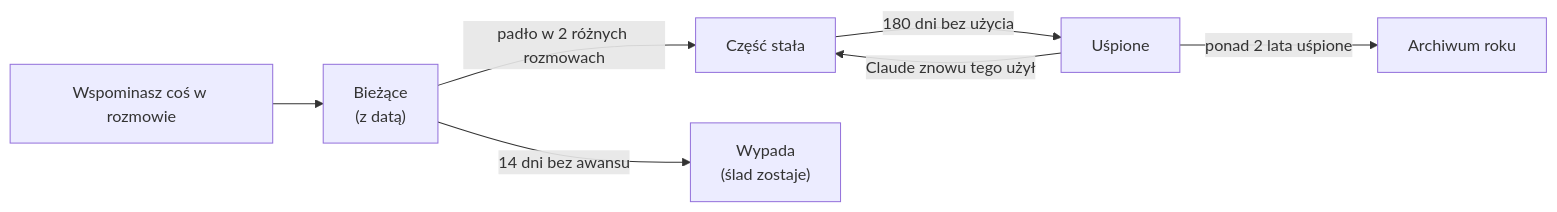
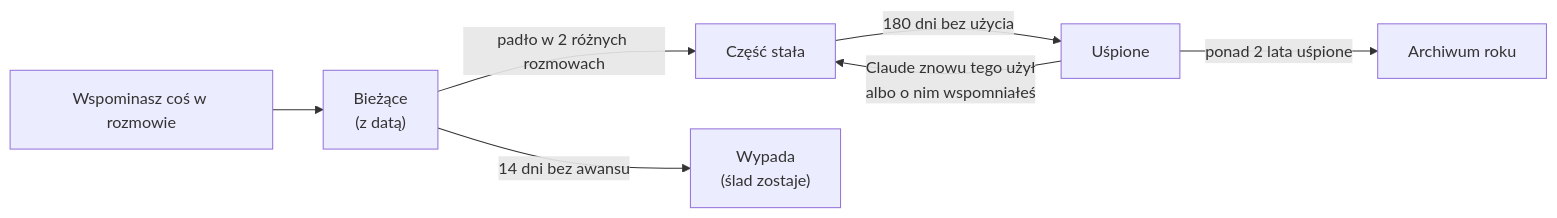
One commit to Primo2966/MegaRuchacz changed the diagram in README.md. Above: the diagram before and after it, drawn with Mermaid. The commit also changed other lines of this file and 3 other files, not shown here.

Commit message:
Wersja 0.24.0: README 'po ludzku' ze schematem pamieci (docs/schemat-pamieci.html), bez wzmianki o alarmie dlugiej rozmowy, poprawione stare zapisy (180 dni bez uzycia zamiast 90, ok. 5% otwarcia okna zamiast 1%, archiwum po 2 latach, darmowe sprawdzanie slow); mapa po P39, P43, P44; ZMIANY 0.24.0

````diff
--- a/README.md
+++ b/README.md
@@ -57,9 +60,9 @@
 ```mermaid
 flowchart LR
     A["Wspominasz coś w rozmowie"] --> B["Bieżące<br/>(z datą)"]
     B -- "padło w 2 różnych rozmowach" --> C["Część stała"]
     B -- "14 dni bez awansu" --> X["Wypada<br/>(ślad zostaje)"]
     C -- "180 dni bez użycia" --> D["Uśpione"]
-    D -- "Claude znowu tego użył" --> C
+    D -- "Claude znowu tego użył<br/>albo o nim wspomniałeś" --> C
     D -- "ponad 2 lata uśpione" --> E["Archiwum roku"]
 ```
````
